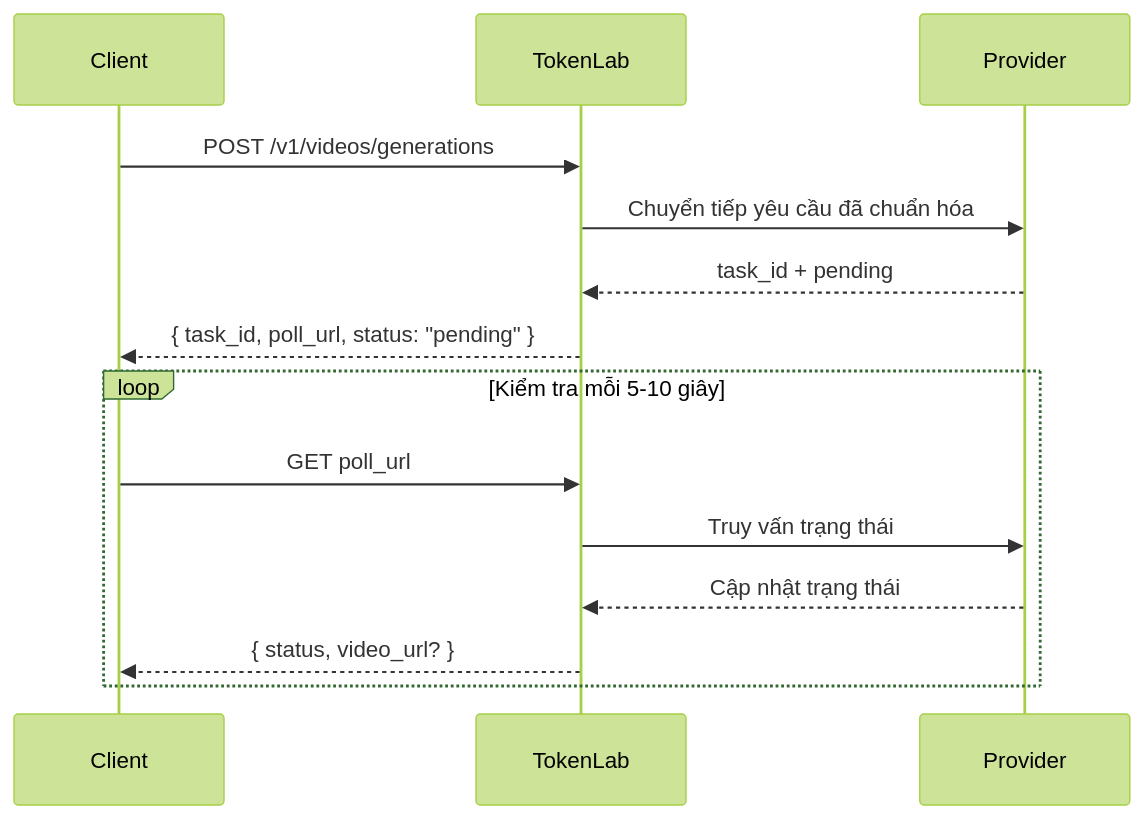
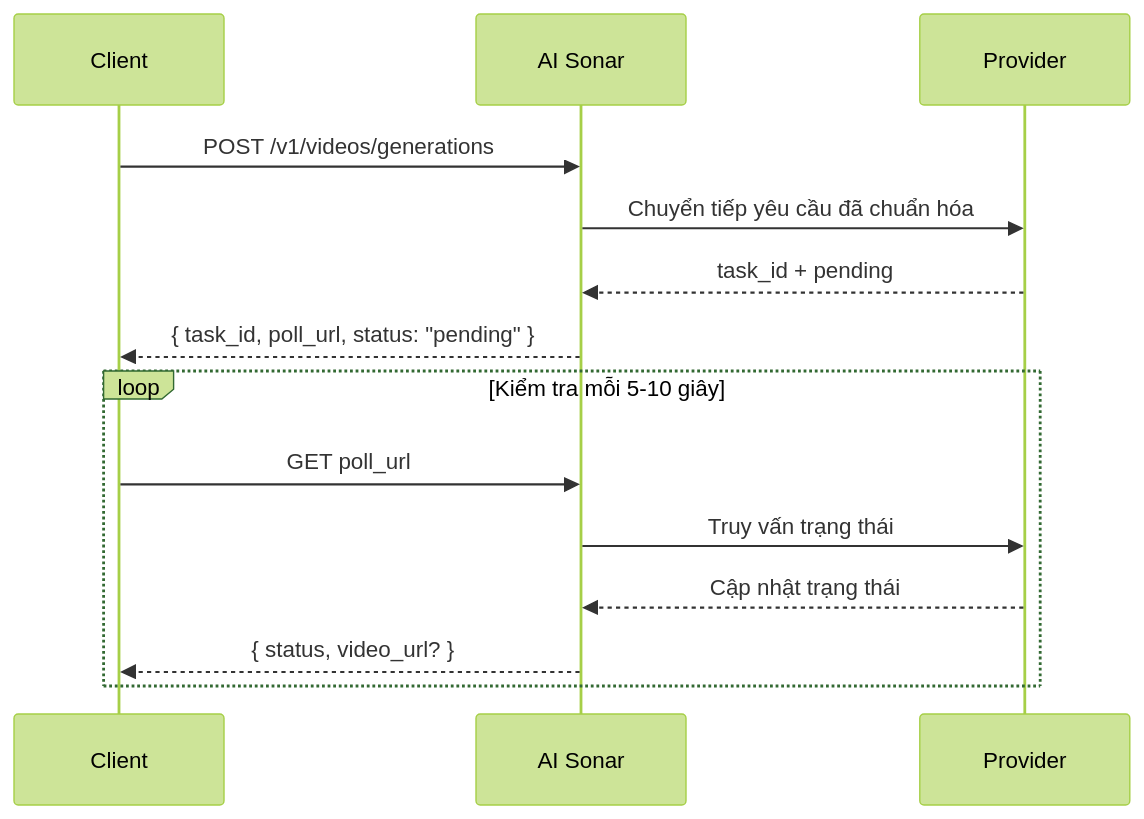
One commit to hedging8563/aisonar-docs changed the diagram in vi/guides/video-generation.mdx. Above: the diagram before and after it, drawn with Mermaid (forest theme). The commit also changed other lines of this file and 1036 other files, not shown here.

````diff
--- a/vi/guides/video-generation.mdx
+++ b/vi/guides/video-generation.mdx
@@ -24,18 +24,18 @@
 ```mermaid
 sequenceDiagram
     participant Client
-    participant TokenLab
+    participant AI Sonar
     participant Provider
 
-    Client->>TokenLab: POST /v1/videos/generations
-    TokenLab->>Provider: Chuyển tiếp yêu cầu đã chuẩn hóa
-    Provider-->>TokenLab: task_id + pending
-    TokenLab-->>Client: { task_id, poll_url, status: "pending" }
+    Client->>AI Sonar: POST /v1/videos/generations
+    AI Sonar->>Provider: Chuyển tiếp yêu cầu đã chuẩn hóa
+    Provider-->>AI Sonar: task_id + pending
+    AI Sonar-->>Client: { task_id, poll_url, status: "pending" }
 
     loop Kiểm tra mỗi 5-10 giây
-        Client->>TokenLab: GET poll_url
-        TokenLab->>Provider: Truy vấn trạng thái
-        Provider-->>TokenLab: Cập nhật trạng thái
-        TokenLab-->>Client: { status, video_url? }
+        Client->>AI Sonar: GET poll_url
+        AI Sonar->>Provider: Truy vấn trạng thái
+        Provider-->>AI Sonar: Cập nhật trạng thái
+        AI Sonar-->>Client: { status, video_url? }
     end
 ```
````
